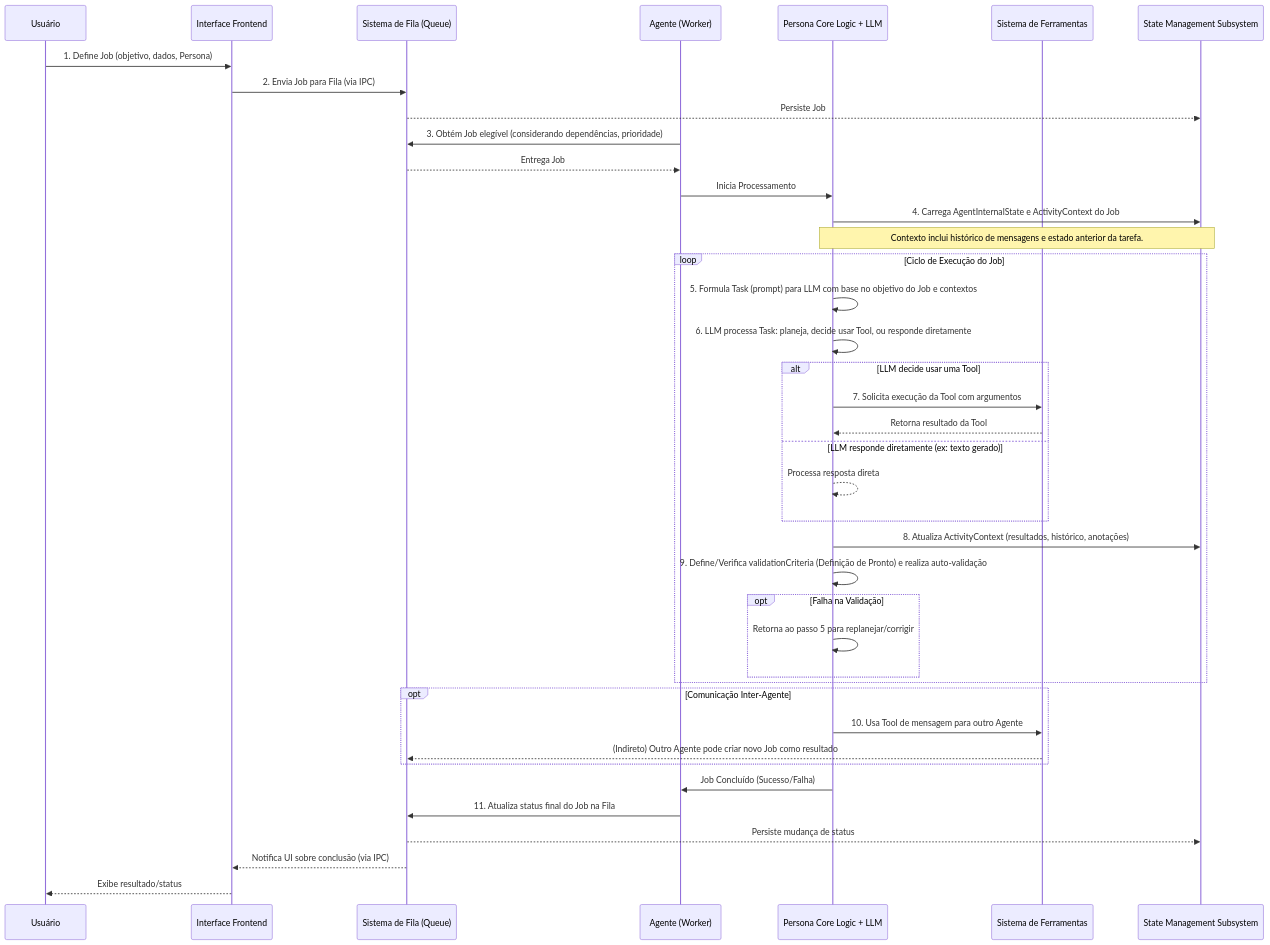
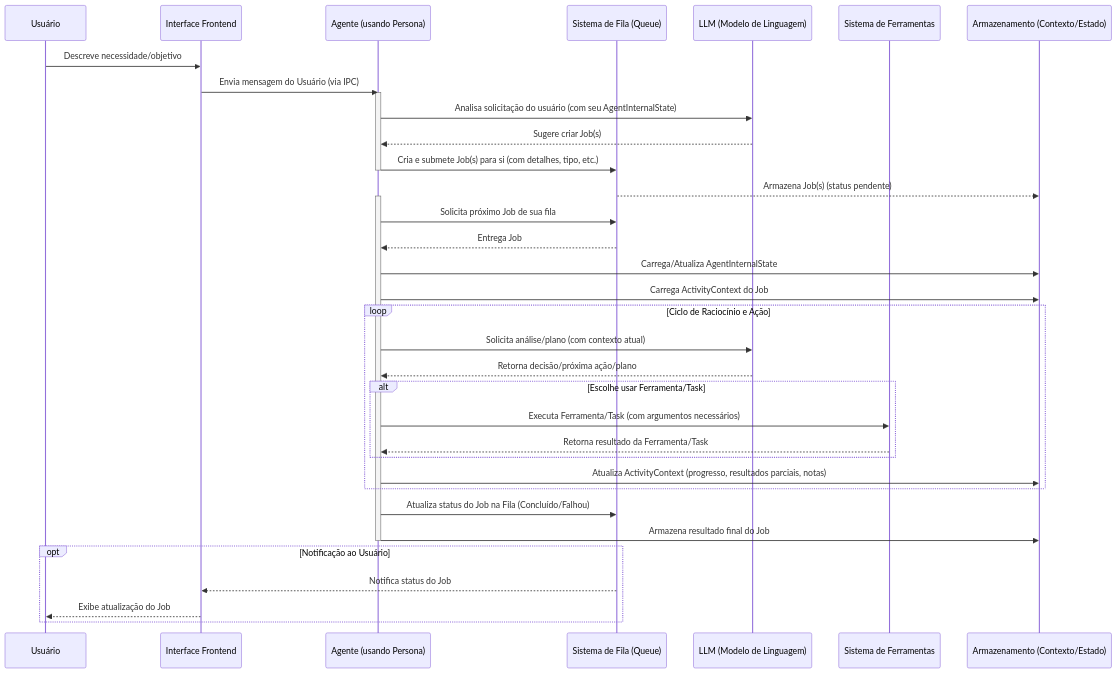
One commit to HD220/project-wiz changed the third of 3 diagrams in docs/new_docs/briefing/explicacao_desenvolvedor.md. Above: the diagram before and after it, drawn with Mermaid. The commit also changed other lines of this file and 9 other files, not shown here.

````diff
--- a/docs/new_docs/briefing/explicacao_desenvolvedor.md
+++ b/docs/new_docs/briefing/explicacao_desenvolvedor.md
@@ -98,51 +136,48 @@
 ```mermaid
 sequenceDiagram
     participant Usuário
     participant Frontend as Interface Frontend
+    participant AgentePersona as Agente (usando Persona)
     participant Fila as Sistema de Fila (Queue)
-    participant AgenteWorker as Agente (Worker)
-    participant PersonaLLM as Persona Core Logic + LLM
+    participant LLM as LLM (Modelo de Linguagem)
     participant Ferramentas as Sistema de Ferramentas
-    participant Estado as State Management Subsystem
+    participant Dados as Armazenamento (Contexto/Estado)
 
-    Usuário->>Frontend: 1. Define Job (objetivo, dados, Persona)
-    Frontend->>Fila: 2. Envia Job para Fila (via IPC)
-    Fila-->>Estado: Persiste Job
+    Usuário->>Frontend: Descreve necessidade/objetivo
+    Frontend->>AgentePersona: Envia mensagem do Usuário (via IPC)
+    activate AgentePersona
+    AgentePersona->>LLM: Analisa solicitação do usuário (com seu AgentInternalState)
+    LLM-->>AgentePersona: Sugere criar Job(s)
+    AgentePersona->>Fila: Cria e submete Job(s) para si (com detalhes, tipo, etc.)
+    deactivate AgentePersona
+    Fila-->>Dados: Armazena Job(s) (status pendente)
 
-    AgenteWorker->>Fila: 3. Obtém Job elegível (considerando dependências, prioridade)
-    Fila-->>AgenteWorker: Entrega Job
+    %% Agente (Worker Loop) processando o Job
+    activate AgentePersona
+    AgentePersona->>Fila: Solicita próximo Job de sua fila
+    Fila-->>AgentePersona: Entrega Job
 
-    AgenteWorker->>PersonaLLM: Inicia Processamento
-    PersonaLLM->>Estado: 4. Carrega AgentInternalState e ActivityContext do Job
-    Note over PersonaLLM,Estado: Contexto inclui histórico de mensagens e estado anterior da tarefa.
+    AgentePersona->>Dados: Carrega/Atualiza AgentInternalState
+    AgentePersona->>Dados: Carrega ActivityContext do Job
 
-    loop Ciclo de Execução do Job
-        PersonaLLM->>PersonaLLM: 5. Formula Task (prompt) para LLM com base no objetivo do Job e contextos
-        PersonaLLM->>PersonaLLM: 6. LLM processa Task: planeja, decide usar Tool, ou responde diretamente
+    loop Ciclo de Raciocínio e Ação
+        AgentePersona->>LLM: Solicita análise/plano (com contexto atual)
+        LLM-->>AgentePersona: Retorna decisão/próxima ação/plano
 
-        alt LLM decide usar uma Tool
-            PersonaLLM->>Ferramentas: 7. Solicita execução da Tool com argumentos
-            Ferramentas-->>PersonaLLM: Retorna resultado da Tool
-        else LLM responde diretamente (ex: texto gerado)
-            PersonaLLM-->>PersonaLLM: Processa resposta direta
+        alt Escolhe usar Ferramenta/Task
+            AgentePersona->>Ferramentas: Executa Ferramenta/Task (com argumentos necessários)
+            Ferramentas-->>AgentePersona: Retorna resultado da Ferramenta/Task
         end
 
-        PersonaLLM->>Estado: 8. Atualiza ActivityContext (resultados, histórico, anotações)
-
-        PersonaLLM->>PersonaLLM: 9. Define/Verifica validationCriteria (Definição de Pronto) e realiza auto-validação
-        opt Falha na Validação
-            PersonaLLM->>PersonaLLM: Retorna ao passo 5 para replanejar/corrigir
-        end
+        AgentePersona->>Dados: Atualiza ActivityContext (progresso, resultados parciais, notas)
     end
 
-    opt Comunicação Inter-Agente
-         PersonaLLM->>Ferramentas: 10. Usa Tool de mensagem para outro Agente
-         Ferramentas-->>Fila: (Indireto) Outro Agente pode criar novo Job como resultado
+    AgentePersona->>Fila: Atualiza status do Job na Fila (Concluído/Falhou)
+    AgentePersona->>Dados: Armazena resultado final do Job
+    deactivate AgentePersona
+
+    opt Notificação ao Usuário
+        Fila-->>Frontend: Notifica status do Job
+        Frontend-->>Usuário: Exibe atualização do Job
     end
-
-    PersonaLLM->>AgenteWorker: Job Concluído (Sucesso/Falha)
-    AgenteWorker->>Fila: 11. Atualiza status final do Job na Fila
-    Fila-->>Estado: Persiste mudança de status
-    Fila-->>Frontend: Notifica UI sobre conclusão (via IPC)
-    Frontend-->>Usuário: Exibe resultado/status
 ```
````
